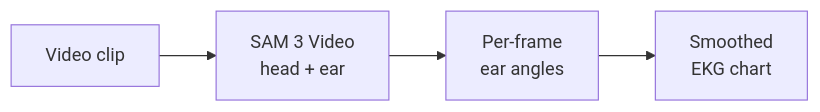
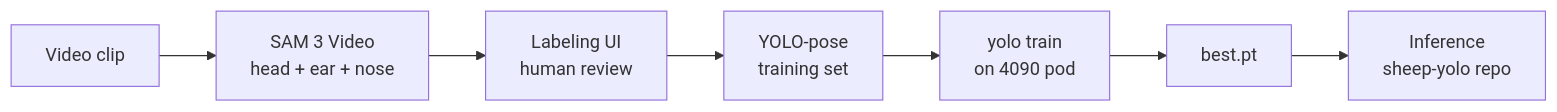
One commit to antonemking/SamSeesSheep changed the diagram in README.md. Above: the diagram before and after it, drawn with Mermaid. The commit also changed other lines of this file and 2 other files, not shown here.

First line of the commit message:
README + VALIDATION + scripts/README: reflect unified repo scope

````diff
--- a/README.md
+++ b/README.md
@@ -9,4 +9,9 @@
 ```mermaid
 graph LR
-    A[Video clip] --> B[SAM 3 Video<br/>head + ear] --> C[Per-frame<br/>ear angles] --> D[Smoothed<br/>EKG chart]
+    A[Video clip] --> B[SAM 3 Video<br/>head + ear + nose]
+    B --> C[Labeling UI<br/>human review]
+    C --> D[YOLO-pose<br/>training set]
+    D --> E[yolo train<br/>on 4090 pod]
+    E --> F[best.pt]
+    F --> G[Inference<br/>sheep-yolo repo]
 ```
````
